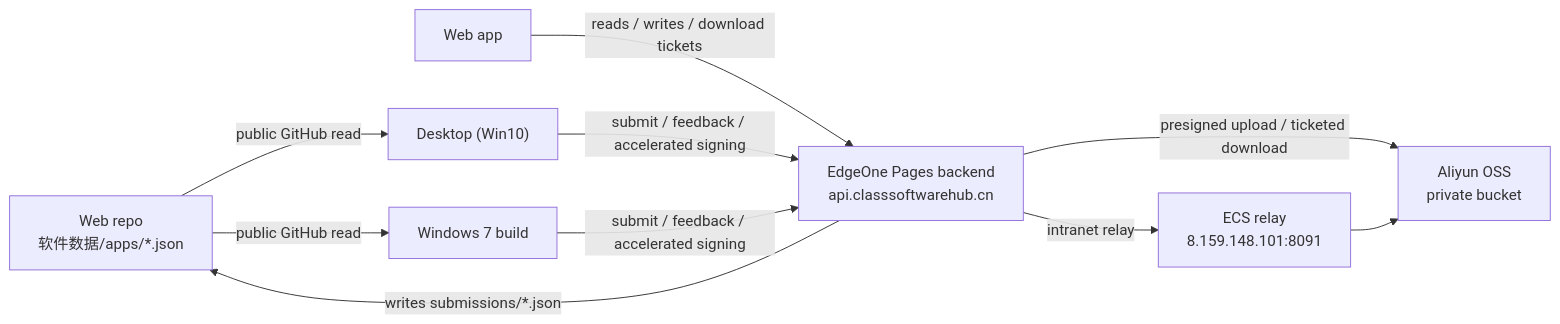
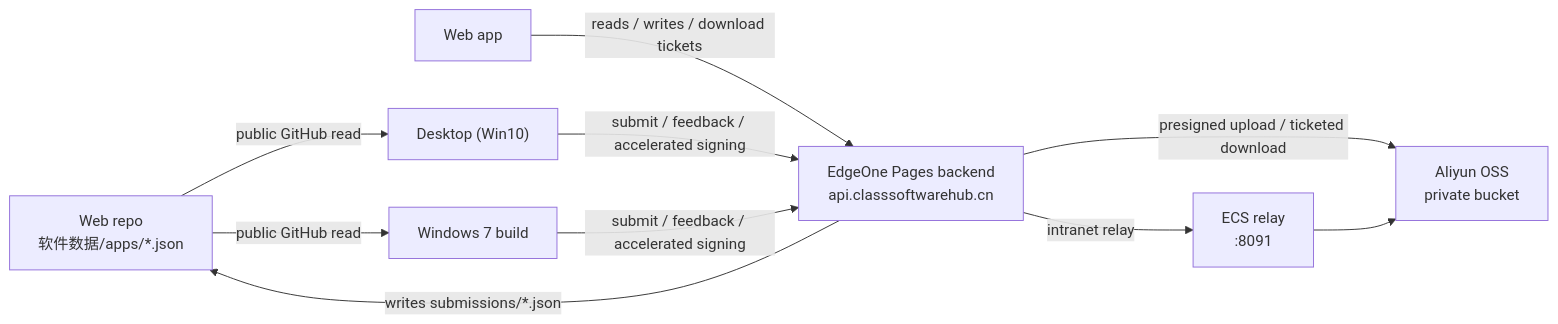
The diagram in docs/en/doc/overview.md (c1201y/classsoftwarehub-docs), drawn with Mermaid before and after one commit. The commit also changed other lines of this file and 43 other files, not shown here.

````diff
--- a/docs/en/doc/overview.md
+++ b/docs/en/doc/overview.md
@@ -57,12 +57,12 @@
 ```mermaid
 graph LR
     A["Web repo<br/>软件数据/apps/*.json"] -->|"public GitHub read"| B["Desktop (Win10)"]
     A -->|"public GitHub read"| C["Windows 7 build"]
     W["Web app"] -->|"reads / writes / download tickets"| API["EdgeOne Pages backend<br/>api.classsoftwarehub.cn"]
     B -->|"submit / feedback / accelerated signing"| API
     C -->|"submit / feedback / accelerated signing"| API
     API -->|"writes submissions/*.json"| A
     API -->|"presigned upload / ticketed download"| OSS["Aliyun OSS<br/>private bucket"]
-    API -->|"intranet relay"| ECS["ECS relay<br/>8.159.148.101:8091"]
+    API -->|"intranet relay"| ECS["ECS relay<br/>:8091"]
     ECS --> OSS
 ```
````
